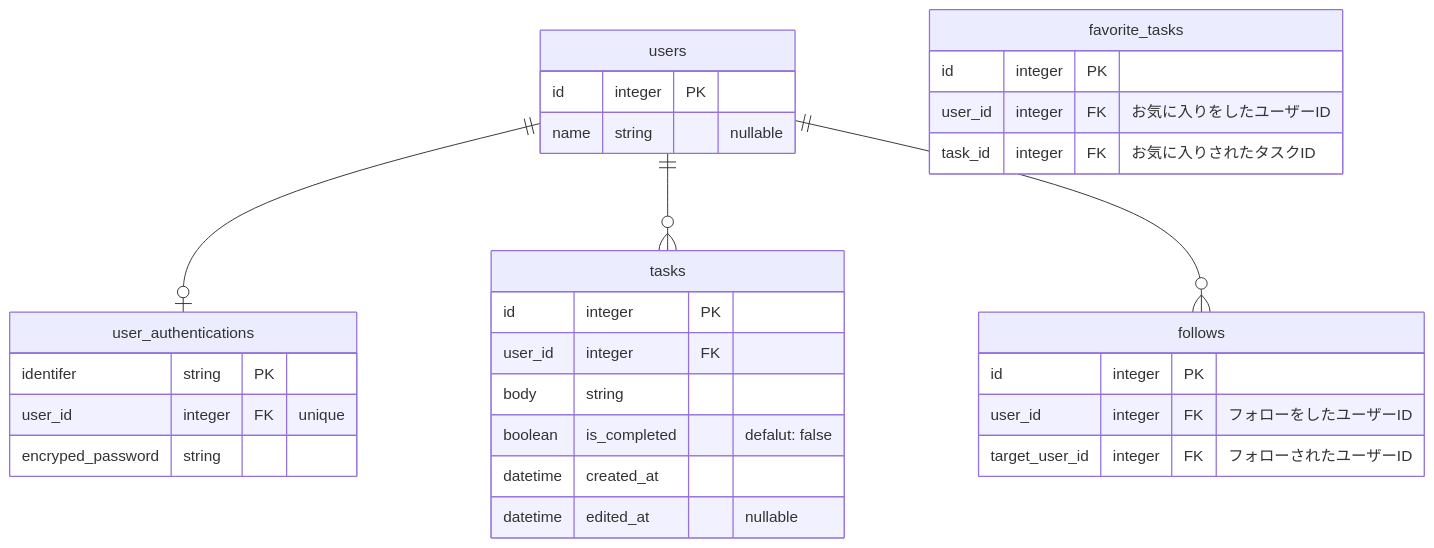
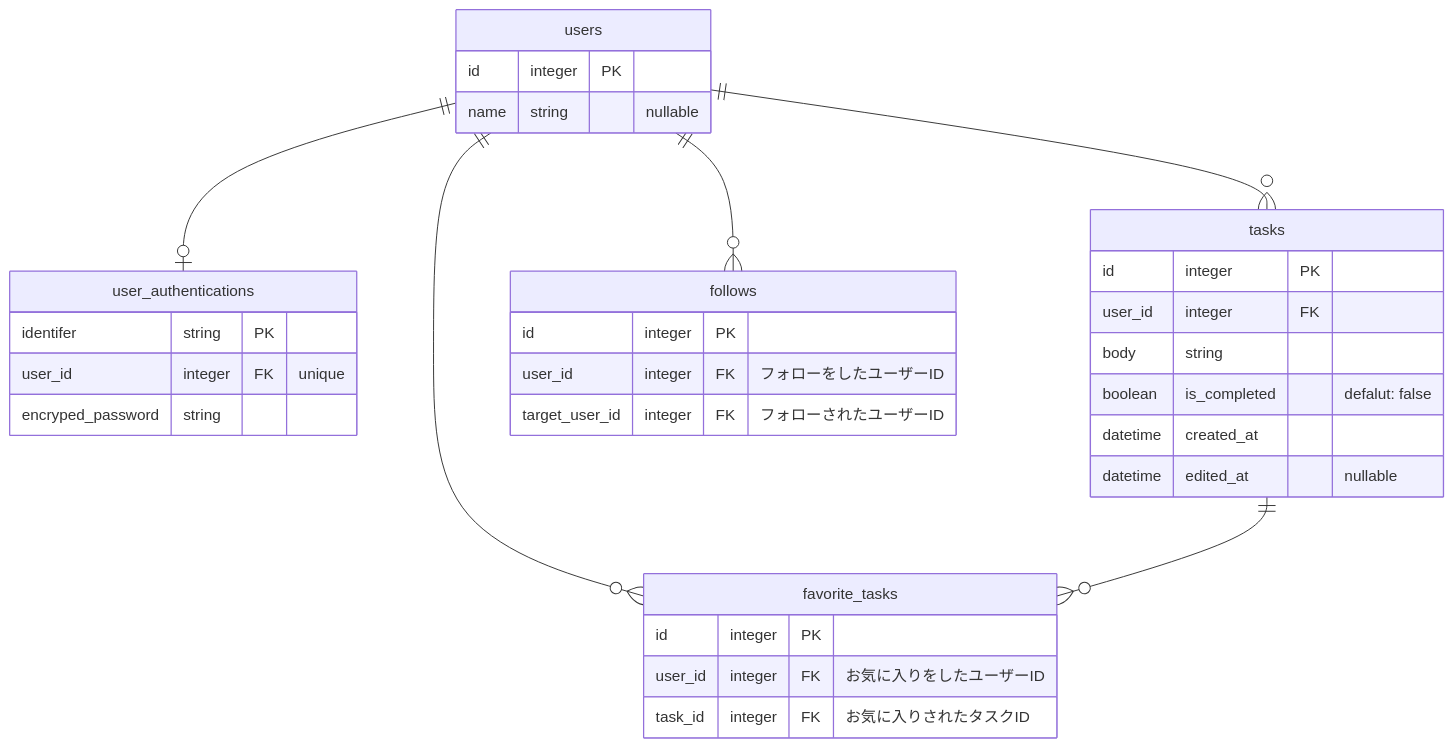
One commit to matcher-inc/pre-joining-assignment-for-intern changed the diagram in README.md. Above: the diagram before and after it, drawn with Mermaid.

Commit message:
update: readme.md mermaid favorite_tasks のリレーションについて

````diff
--- a/README.md
+++ b/README.md
@@ -94,39 +94,41 @@
 ```mermaid
 erDiagram
 
 users {
   id integer PK
   name string "nullable"
 }
 
 user_authentications {
   identifer string PK
   user_id integer FK "unique"
   encryped_password string
 }
 
 tasks {
   id integer PK
   user_id integer FK
   body string
   boolean is_completed "defalut: false"
   datetime created_at
   datetime edited_at "nullable"
 }
 
 follows {
   id integer PK
   user_id integer FK "フォローをしたユーザーID"
   target_user_id integer FK "フォローされたユーザーID"
 }
 
 favorite_tasks {
   id integer PK
   user_id integer FK "お気に入りをしたユーザーID"
   task_id integer FK "お気に入りされたタスクID"
 }
 
 users ||--o| user_authentications : ""
 users ||--o{ tasks : ""
 users ||--o{ follows : ""
+users ||--o{ favorite_tasks : ""
+tasks ||--o{ favorite_tasks : ""
 ```
````
